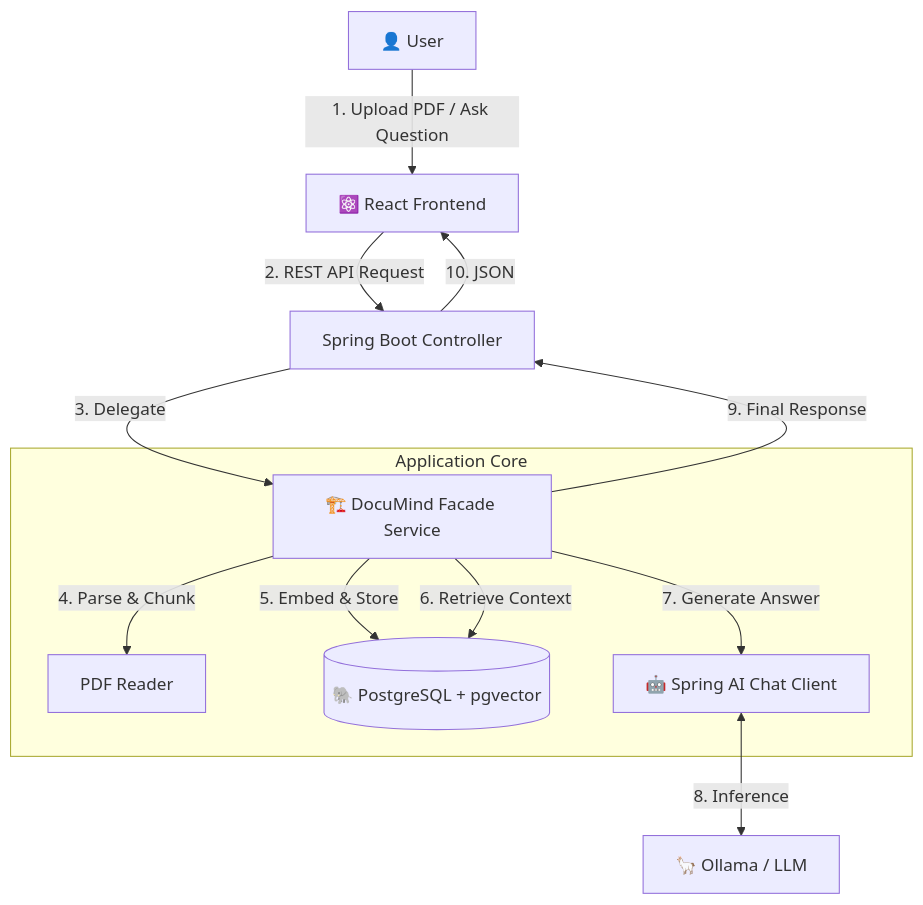
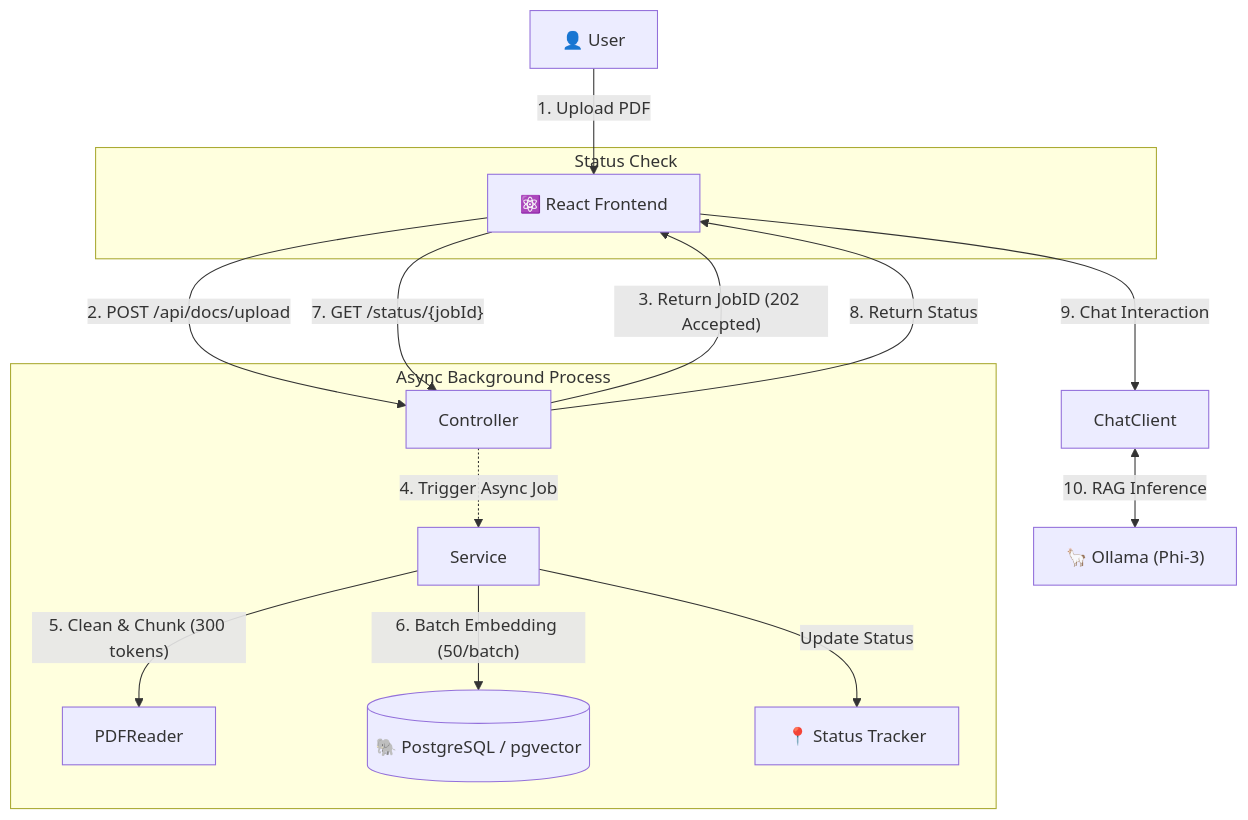
The diagram in README.md (DavidCerdeiro/DocuMind), drawn with Mermaid before and after one commit. The commit also changed other lines of this file, not shown here.

First line of the commit message:
Upgrade Spring Boot to version 3.5 and enhance README

`````diff
--- a/README.md
+++ b/README.md
@@ -52,18 +56,21 @@
 ```mermaid
 graph TD
-    User[👤 User] -->|1. Upload PDF / Ask Question| UI[⚛️ React Frontend]
-    UI -->|2. REST API Request| Controller[Spring Boot Controller]
-    Controller -->|3. Delegate| Facade[🏗️ DocuMind Facade Service]
+    User["👤 User"] -->|"1. Upload PDF"| UI["⚛️ React Frontend"]
+    UI -->|"2. POST /api/docs/upload"| Controller
+    Controller -->|"3. Return JobID (202 Accepted)"| UI
     
-    subgraph "Application Core"
-        Facade -->|4. Parse & Chunk| PDFReader[PDF Reader]
-        Facade -->|5. Embed & Store| VectorDB[(🐘 PostgreSQL + pgvector)]
-        Facade -->|6. Retrieve Context| VectorDB
-        Facade -->|7. Generate Answer| ChatClient[🤖 Spring AI Chat Client]
+    subgraph "Async Background Process"
+        Controller -.->|"4. Trigger Async Job"| Service
+        Service -->|"5. Clean & Chunk (300 tokens)"| PDFReader
+        Service -->|"6. Batch Embedding (50/batch)"| VectorDB[("🐘 PostgreSQL / pgvector")]
+        Service -- "Update Status" --> StatusMap["📍 Status Tracker"]
     end
     
-    ChatClient <-->|8. Inference| Ollama[🦙 Ollama / LLM]
+    subgraph "Status Check"
+        UI -->|"7. GET /status/{jobId}"| Controller
+        Controller -->|"8. Return Status"| UI
+    end
     
-    Facade -->|9. Final Response| Controller
-    Controller -->|10. JSON| UI
+    UI -->|"9. Chat Interaction"| ChatClient
+    ChatClient <-->|"10. RAG Inference"| Ollama["🦙 Ollama (Phi-3)"]
 ````
`````
